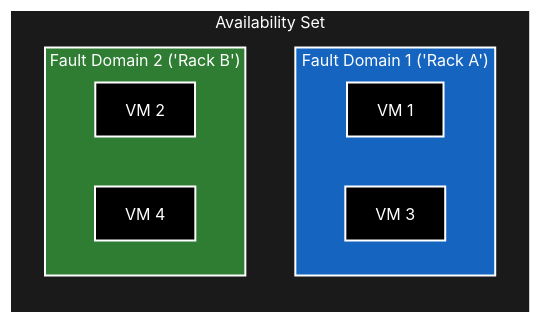
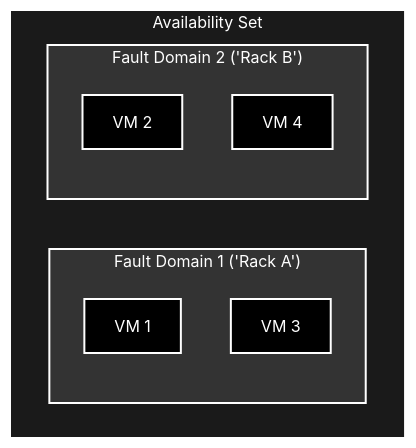
One commit to PelmeenidHapukoorega/Solutions-Architect changed the first of 2 diagrams in AZ-305/Theory/Theory-computer-and-networking-services.md. Above: the diagram before and after it, drawn with Mermaid. The commit also changed other lines of this file, not shown here.

````diff
--- a/AZ-305/Theory/Theory-computer-and-networking-services.md
+++ b/AZ-305/Theory/Theory-computer-and-networking-services.md
@@ -41,34 +41,28 @@
 ```mermaid
-graph TB
+graph TD
     subgraph Availability_Set ["Availability Set"]
-        direction TB
         
         subgraph FD1 ["Fault Domain 1 ('Rack A')"]
             VM1[VM 1]
             VM3[VM 3]
         end
         
         subgraph FD2 ["Fault Domain 2 ('Rack B')"]
             VM2[VM 2]
             VM4[VM 4]
         end
     end
     
-    %% --- STYLING ---
+    %% --- MONOCHROME STYLING ---
     
-    %% 1. Style the VMs (Nodes)
-    %% Fill: Black, Stroke: White, Text: White
-    classDef vmNode fill:#000,stroke:#fff,stroke-width:2px,color:#fff;
-    class VM1,VM2,VM3,VM4 vmNode;
+    %% 1. VMs: Pure Black background
+    classDef vm fill:#000,stroke:#fff,stroke-width:2px,color:#fff;
+    class VM1,VM2,VM3,VM4 vm;
 
-    %% 2. Style the Subgraphs (Containers)
-    
-    %% Outer Container: Dark Grey
+    %% 2. Outer Container: Very Dark Grey
     style Availability_Set fill:#1a1a1a,stroke:#fff,stroke-width:2px,color:#fff
     
-    %% Rack A: Dark Blue
-    style FD1 fill:#1565c0,stroke:#fff,stroke-width:2px,color:#fff
-    
-    %% Rack B: Dark Green
-    style FD2 fill:#2e7d32,stroke:#fff,stroke-width:2px,color:#fff
+    %% 3. Racks (Fault Domains): Dark Grey (lighter than outer)
+    style FD1 fill:#333,stroke:#fff,stroke-width:2px,color:#fff
+    style FD2 fill:#333,stroke:#fff,stroke-width:2px,color:#fff
 ```
````
